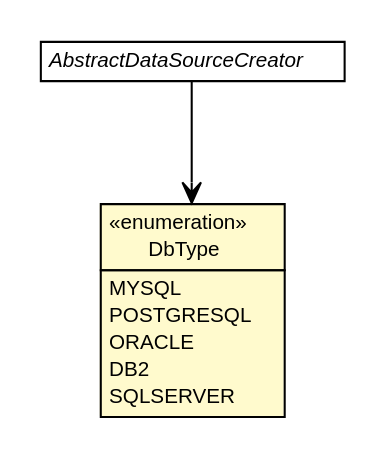
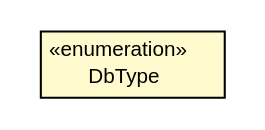
The diagram in dddlib-datasource-saas/apidocs/org/dayatang/datasource4saas/dscreator/DbType.dot (dayatang/dddlib), drawn with Graphviz before and after one commit. The commit also changed 294 other files, not shown here.

```diff
--- a/dddlib-datasource-saas/apidocs/org/dayatang/datasource4saas/dscreator/DbType.dot
+++ b/dddlib-datasource-saas/apidocs/org/dayatang/datasource4saas/dscreator/DbType.dot
@@ -1,34 +1,19 @@
 #!/usr/local/bin/dot
 #
 # Class diagram 
 # Generated by UMLGraph version R5_6_6-8-g8d7759 (http://www.umlgraph.org/)
 #
 
 digraph G {
 	edge [fontname="Helvetica",fontsize=10,labelfontname="Helvetica",labelfontsize=10];
 	node [fontname="Helvetica",fontsize=10,shape=plaintext];
 	nodesep=0.25;
 	ranksep=0.5;
 	// org.dayatang.datasource4saas.dscreator.DbType
-	c300 [label=<<table title="org.dayatang.datasource4saas.dscreator.DbType" border="0" cellborder="1" cellspacing="0" cellpadding="2" port="p" bgcolor="lemonChiffon" href="./DbType.html">
+	c291 [label=<<table title="org.dayatang.datasource4saas.dscreator.DbType" border="0" cellborder="1" cellspacing="0" cellpadding="2" port="p" bgcolor="lemonChiffon" href="./DbType.html">
 		<tr><td><table border="0" cellspacing="0" cellpadding="1">
 <tr><td align="center" balign="center"> &#171;enumeration&#187; </td></tr>
 <tr><td align="center" balign="center"> DbType </td></tr>
 		</table></td></tr>
-		<tr><td><table border="0" cellspacing="0" cellpadding="1">
-<tr><td align="left" balign="left"> MYSQL </td></tr>
-<tr><td align="left" balign="left"> POSTGRESQL </td></tr>
-<tr><td align="left" balign="left"> ORACLE </td></tr>
-<tr><td align="left" balign="left"> DB2 </td></tr>
-<tr><td align="left" balign="left"> SQLSERVER </td></tr>
-		</table></td></tr>
 		</table>>, URL="./DbType.html", fontname="Helvetica", fontcolor="black", fontsize=10.0];
-	// org.dayatang.datasource4saas.dscreator.AbstractDataSourceCreator
-	c305 [label=<<table title="org.dayatang.datasource4saas.dscreator.AbstractDataSourceCreator" border="0" cellborder="1" cellspacing="0" cellpadding="2" port="p" href="./AbstractDataSourceCreator.html">
-		<tr><td><table border="0" cellspacing="0" cellpadding="1">
-<tr><td align="center" balign="center"><font face="Helvetica-Oblique"> AbstractDataSourceCreator </font></td></tr>
-		</table></td></tr>
-		</table>>, URL="./AbstractDataSourceCreator.html", fontname="Helvetica", fontcolor="black", fontsize=10.0];
-	// org.dayatang.datasource4saas.dscreator.AbstractDataSourceCreator NAVASSOC org.dayatang.datasource4saas.dscreator.DbType
-	c305:p -> c300:p [taillabel="", label=" "headlabel="", fontname="Helvetica", fontcolor="black", fontsize=10.0, color="black", arrowhead=open];
 }
```
